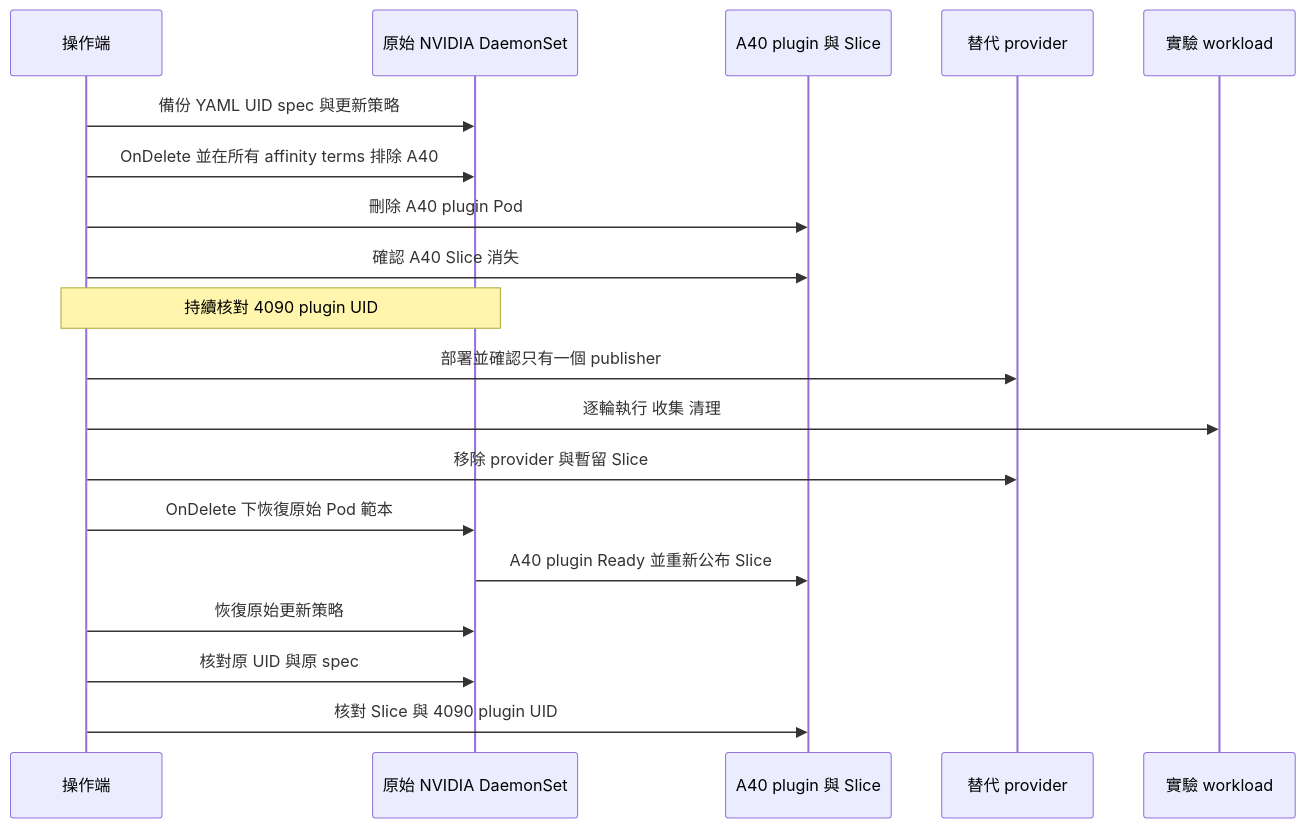
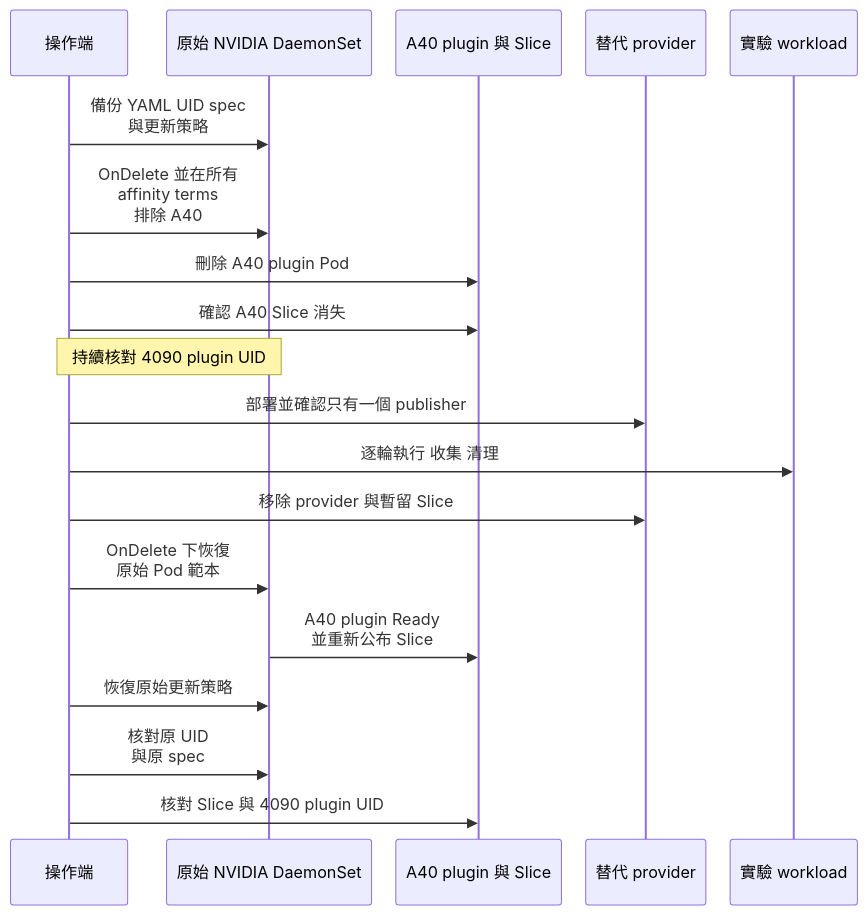
Before and after one commit to Daniel77871/dra-gpu-sharing-in-practice: the second of 3 diagrams in book/04-isolation/README.md, drawn with Mermaid. The commit also changed other lines of this file and 15 other files, not shown here.

First line of the commit message:
Fit wide Mermaid diagrams to the GitHub page width

````diff
--- a/book/04-isolation/README.md
+++ b/book/04-isolation/README.md
@@ -68,21 +68,22 @@
 ```mermaid
+%%{init: {"sequence": {"actorMargin": 24, "width": 116, "boxMargin": 8, "noteMargin": 8}}}%%
 sequenceDiagram
     participant O as 操作端
     participant D as 原始 NVIDIA DaemonSet
     participant K as A40 plugin 與 Slice
     participant P as 替代 provider
     participant W as 實驗 workload
-    O->>D: 備份 YAML UID spec 與更新策略
-    O->>D: OnDelete 並在所有 affinity terms 排除 A40
+    O->>D: 備份 YAML UID spec<br/>與更新策略
+    O->>D: OnDelete 並在所有<br/>affinity terms<br/>排除 A40
     O->>K: 刪除 A40 plugin Pod
     O->>K: 確認 A40 Slice 消失
     Note over O,D: 持續核對 4090 plugin UID
     O->>P: 部署並確認只有一個 publisher
     O->>W: 逐輪執行 收集 清理
     O->>P: 移除 provider 與暫留 Slice
-    O->>D: OnDelete 下恢復原始 Pod 範本
-    D->>K: A40 plugin Ready 並重新公布 Slice
+    O->>D: OnDelete 下恢復<br/>原始 Pod 範本
+    D->>K: A40 plugin Ready<br/>並重新公布 Slice
     O->>D: 恢復原始更新策略
-    O->>D: 核對原 UID 與原 spec
+    O->>D: 核對原 UID<br/>與原 spec
     O->>K: 核對 Slice 與 4090 plugin UID
 ```
````
